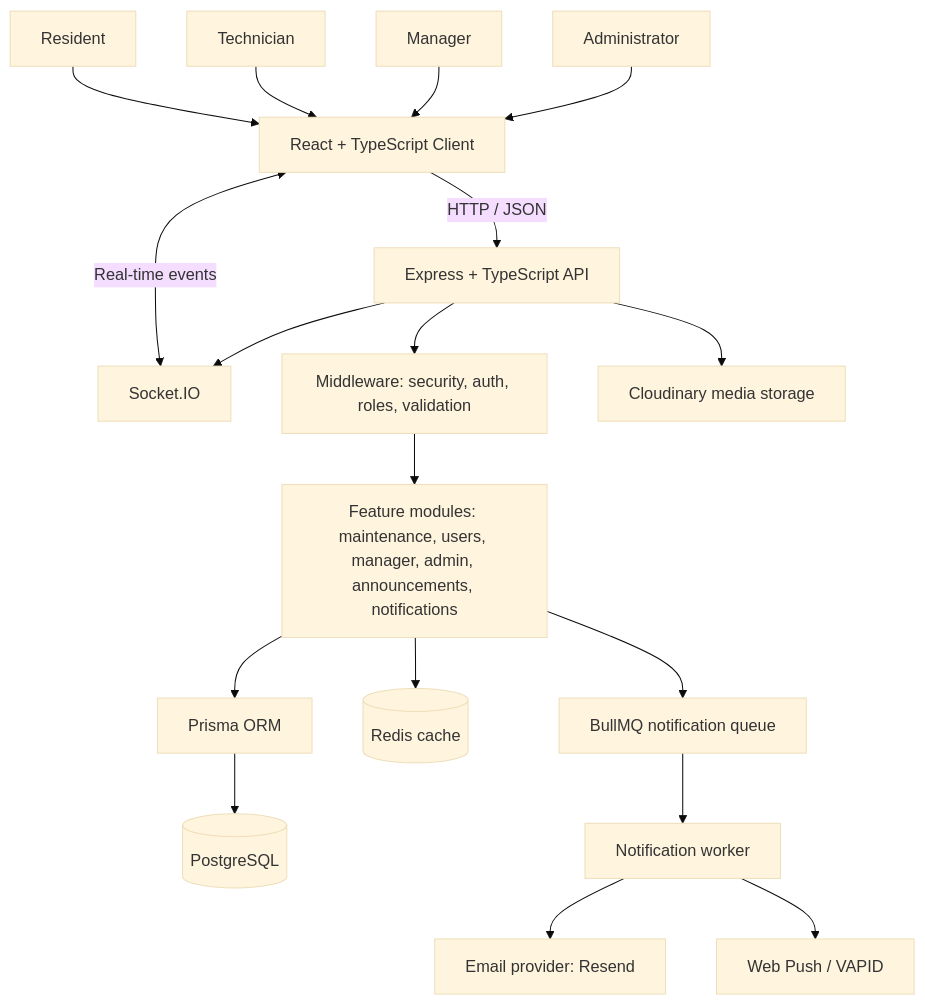
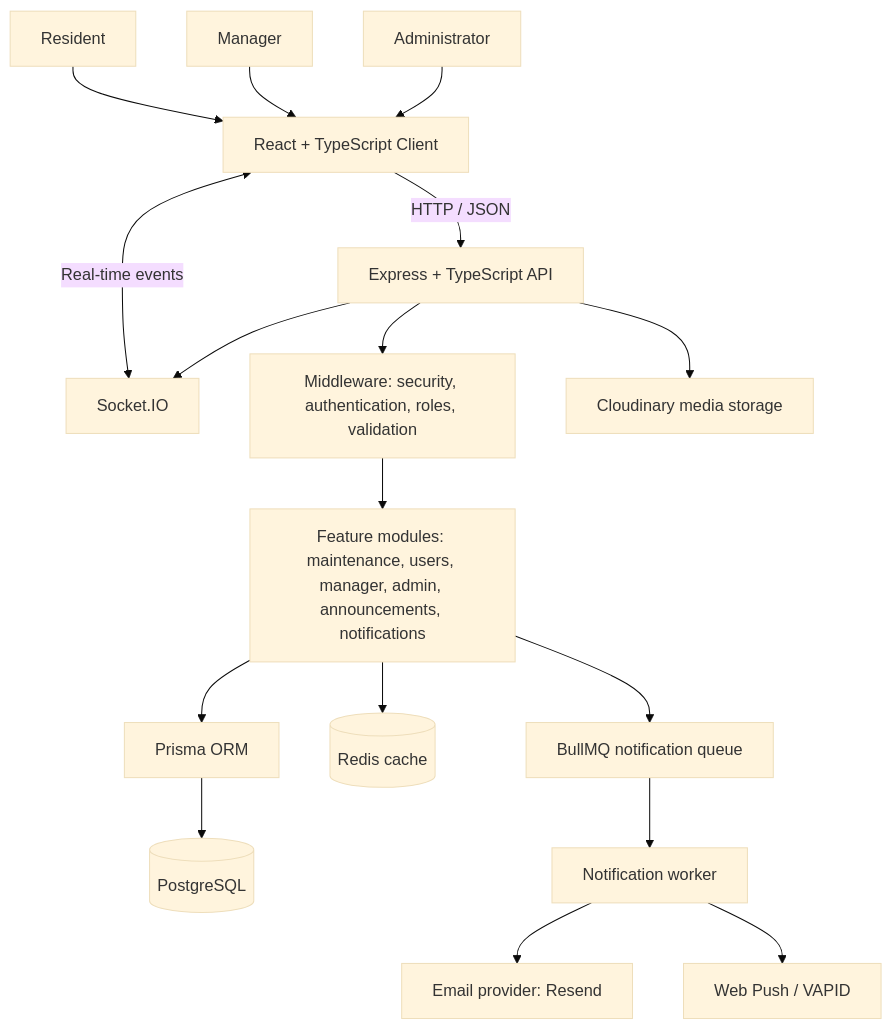
One commit to alanbabu518-spec/Community-Maintenance-Platform changed the first of 2 diagrams in docs/README.md. Above: the diagram before and after it, drawn with Mermaid (base theme). The commit also changed other lines of this file and 4 other files, not shown here.

````diff
--- a/docs/README.md
+++ b/docs/README.md
@@ -134,20 +140,24 @@
 ```mermaid
 flowchart TB
     R[Resident] --> UI[React + TypeScript Client]
-    T[Technician] --> UI
     M[Manager] --> UI
     A[Administrator] --> UI
+
     UI -->|HTTP / JSON| API[Express + TypeScript API]
     UI <-->|Real-time events| WS[Socket.IO]
-    API --> MW[Middleware: security, auth, roles, validation]
+
+    API --> MW[Middleware: security, authentication, roles, validation]
     MW --> MOD[Feature modules: maintenance, users, manager, admin, announcements, notifications]
+
     MOD --> PR[Prisma ORM]
     PR --> DB[(PostgreSQL)]
     MOD --> CACHE[(Redis cache)]
     MOD --> Q[BullMQ notification queue]
+
     Q --> W[Notification worker]
     W --> EMAIL[Email provider: Resend]
     W --> PUSH[Web Push / VAPID]
+
     API --> MEDIA[Cloudinary media storage]
     API --> WS
 ```
````
